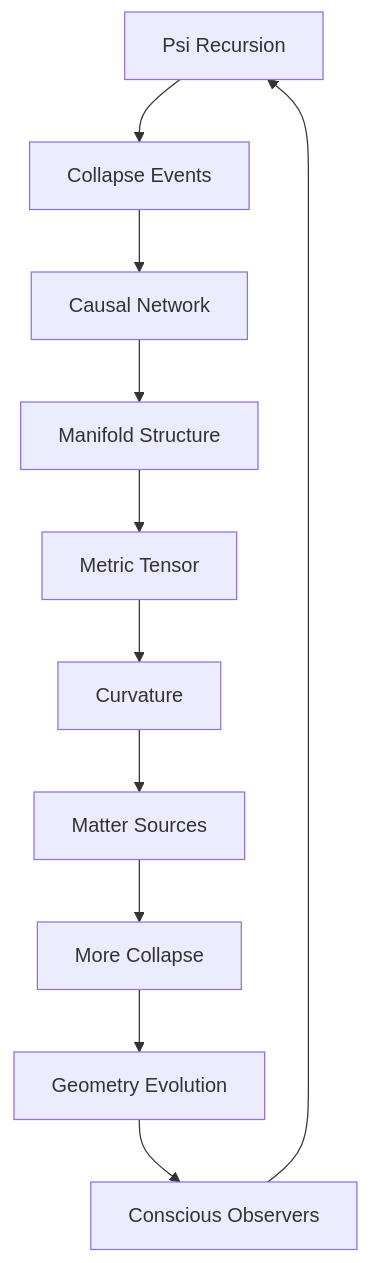
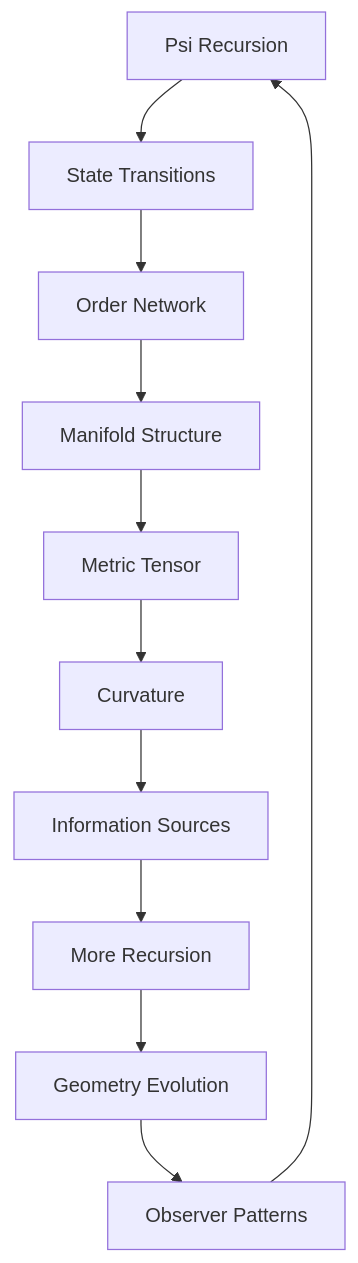
The second of 2 diagrams in docs/psi-structum/book-1-collapse-ontology/part-04-quantum-gravity/chapter-049-spacetime-collapse-manifold.md (loning/the-phys), drawn with Mermaid before and after one commit. The commit also changed other lines of this file and 8 other files, not shown here.

````diff
--- a/docs/psi-structum/book-1-collapse-ontology/part-04-quantum-gravity/chapter-049-spacetime-collapse-manifold.md
+++ b/docs/psi-structum/book-1-collapse-ontology/part-04-quantum-gravity/chapter-049-spacetime-collapse-manifold.md
@@ -188,13 +212,13 @@
 ```mermaid
 graph TD
-    A[Psi Recursion] --> B[Collapse Events]
-    B --> C[Causal Network]
+    A[Psi Recursion] --> B[State Transitions]
+    B --> C[Order Network]
     C --> D[Manifold Structure]
     D --> E[Metric Tensor]
     E --> F[Curvature]
-    F --> G[Matter Sources]
-    G --> H[More Collapse]
+    F --> G[Information Sources]
+    G --> H[More Recursion]
     H --> I[Geometry Evolution]
-    I --> J[Conscious Observers]
+    I --> J[Observer Patterns]
     J --> A
 ```
````
